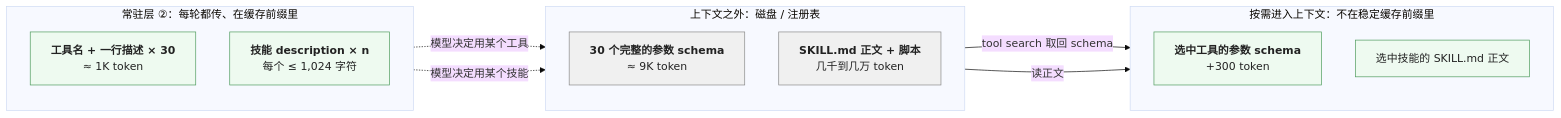
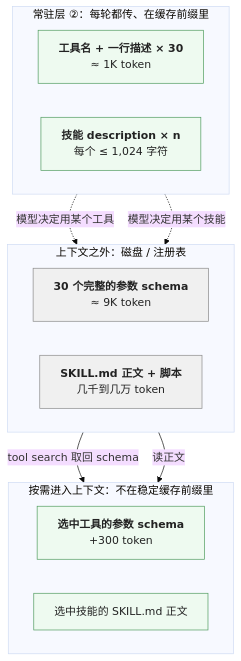
The second of 4 diagrams in _posts/2026-10-06-anatomy-of-the-context-window.md (arganzheng/arganzheng.github.com), drawn with Mermaid (base theme) before and after one commit. The commit also changed 3 other files, not shown here.

First line of the commit message:
应用地图：三张被压扁的 Mermaid 改方向，去掉产品系列术语表里不再出现的 TTFT

````diff
--- a/_posts/2026-10-06-anatomy-of-the-context-window.md
+++ b/_posts/2026-10-06-anatomy-of-the-context-window.md
@@ -115,28 +115,28 @@
 ```mermaid
 %% 图：工具与技能定义的渐进披露
-flowchart LR
+flowchart TB
     subgraph RES["常驻层 ②：每轮都传、在缓存前缀里"]
-        direction TB
+        direction LR
         R1["<b>工具名 + 一行描述 × 30</b><br/>≈ 1K token"]
         R2["<b>技能 description × n</b><br/>每个 ≤ 1,024 字符"]
     end
     subgraph EXT["上下文之外：磁盘 / 注册表"]
-        direction TB
+        direction LR
         E1["<b>30 个完整的参数 schema</b><br/>≈ 9K token"]
         E2["<b>SKILL.md 正文 + 脚本</b><br/>几千到几万 token"]
     end
     subgraph LOAD["按需进入上下文：不在稳定缓存前缀里"]
-        direction TB
+        direction LR
         L1["<b>选中工具的参数 schema</b><br/>+300 token"]
         L2["选中技能的 SKILL.md 正文"]
     end
     R1 -.->|"模型决定用某个工具"| E1
     E1 -->|"tool search 取回 schema"| L1
     R2 -.->|"模型决定用某个技能"| E2
     E2 -->|"读正文"| L2
     classDef res fill:#eefaf0,stroke:#4d9a5c,color:#222
     classDef ext fill:#f0f0f0,stroke:#888,color:#222
     class R1,R2 res
     class E1,E2 ext
     class L1,L2 res
 ```
````
